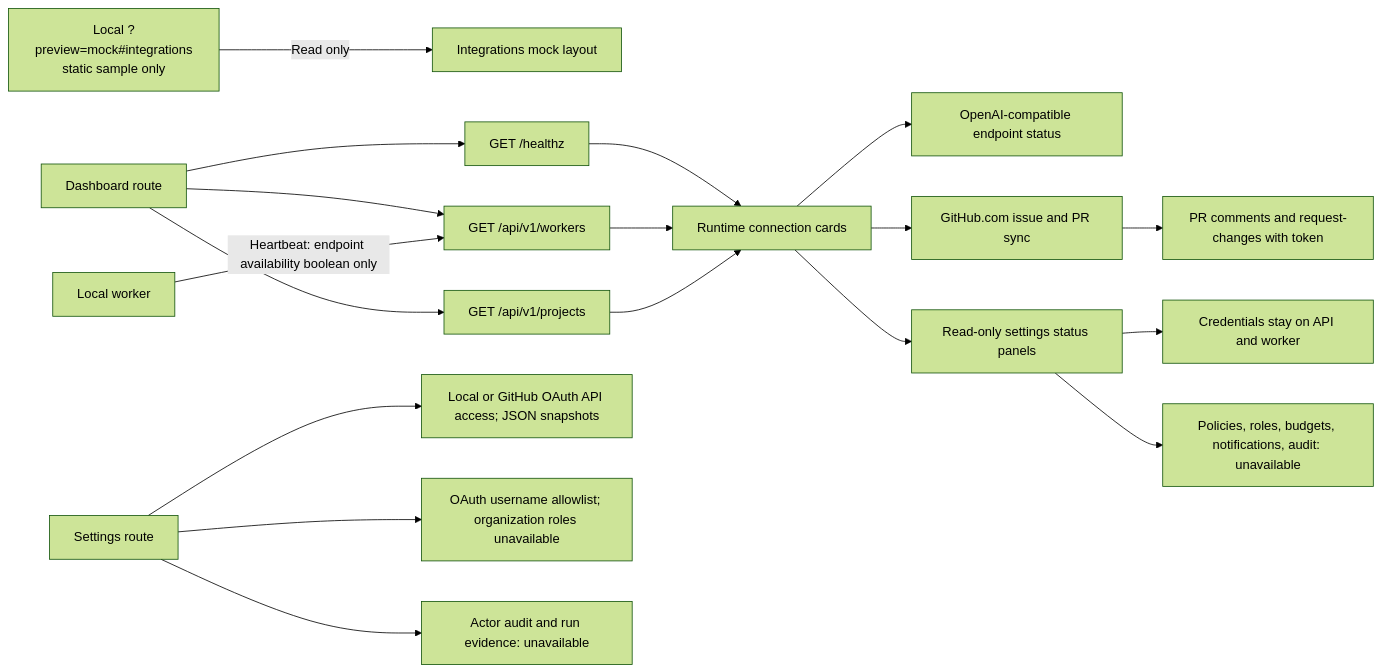
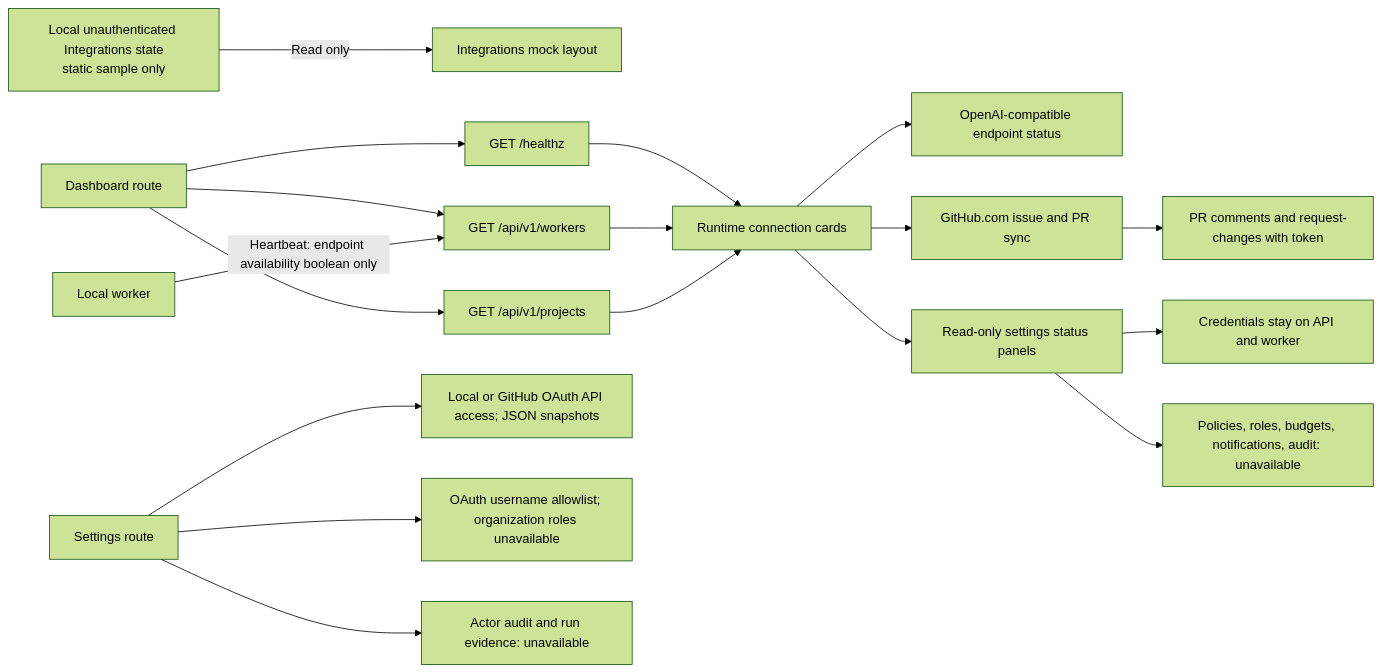
One commit to bogdaniel/zenchron-engineering-os changed the diagram in docs/features/system-settings-and-integrations.md. Above: the diagram before and after it, drawn with Mermaid (forest theme). The commit also changed other lines of this file and 53 other files, not shown here.

````diff
--- a/docs/features/system-settings-and-integrations.md
+++ b/docs/features/system-settings-and-integrations.md
@@ -14,20 +14,20 @@
 ```mermaid
 flowchart LR
-    Preview[Local ?preview=mock#integrations<br/>static sample only] -->|Read only| Mock[Integrations mock layout]
+    Preview[Local unauthenticated Integrations state<br/>static sample only] -->|Read only| Mock[Integrations mock layout]
     Browser[Dashboard route] --> APIHealth[GET /healthz]
     Browser --> Workers[GET /api/v1/workers]
     Browser --> Projects[GET /api/v1/projects]
     Worker[Local worker] -->|Heartbeat: endpoint availability boolean only| Workers
     APIHealth --> Integrations[Runtime connection cards]
     Workers --> Integrations
     Projects --> Integrations
     Integrations --> Model[OpenAI-compatible endpoint status]
     Integrations --> GitHub[GitHub.com issue and PR sync]
     GitHub --> PRReview[PR comments and request-changes with token]
     Integrations --> Boundaries[Read-only settings status panels]
     Boundaries --> Secrets[Credentials stay on API and worker]
     Boundaries --> Missing[Policies, roles, budgets, notifications, audit: unavailable]
     Settings[Settings route] --> Boundary[Local or GitHub OAuth API access; JSON snapshots]
     Settings --> Access[OAuth username allowlist; organization roles unavailable]
     Settings --> Audit[Actor audit and run evidence: unavailable]
 ```
````
